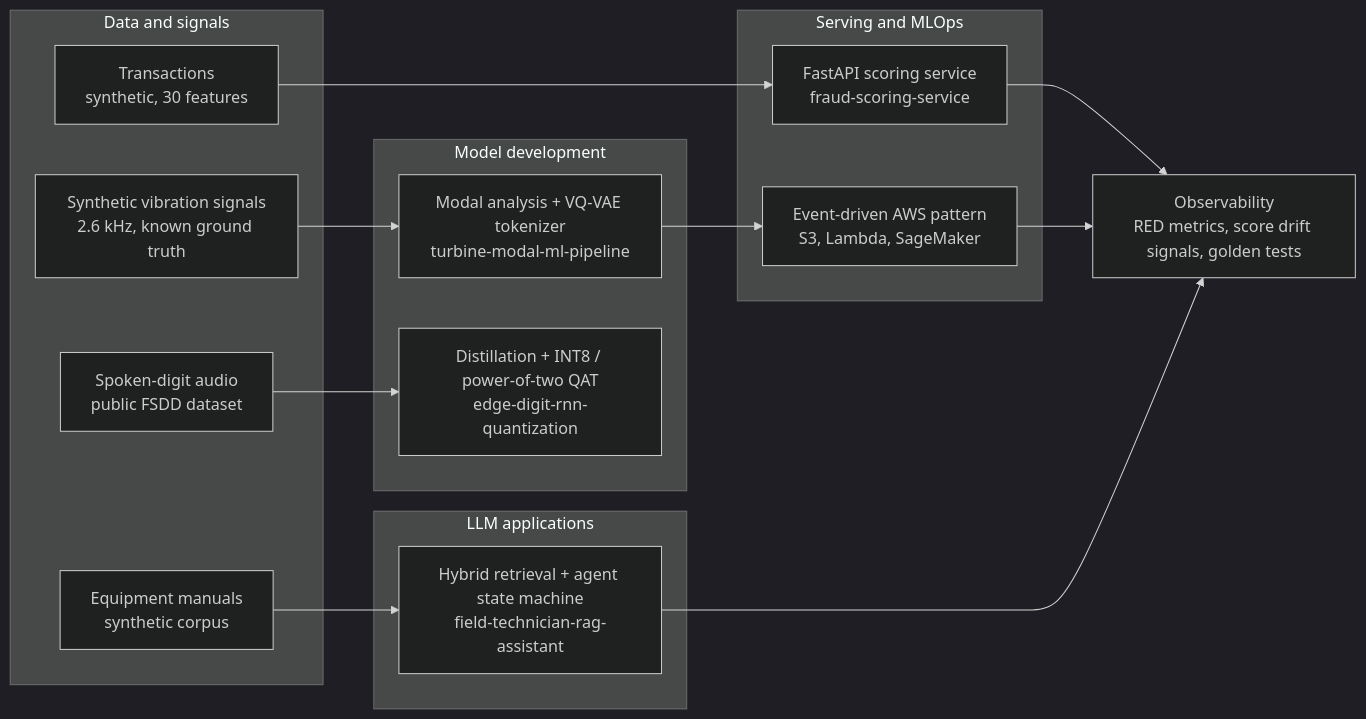
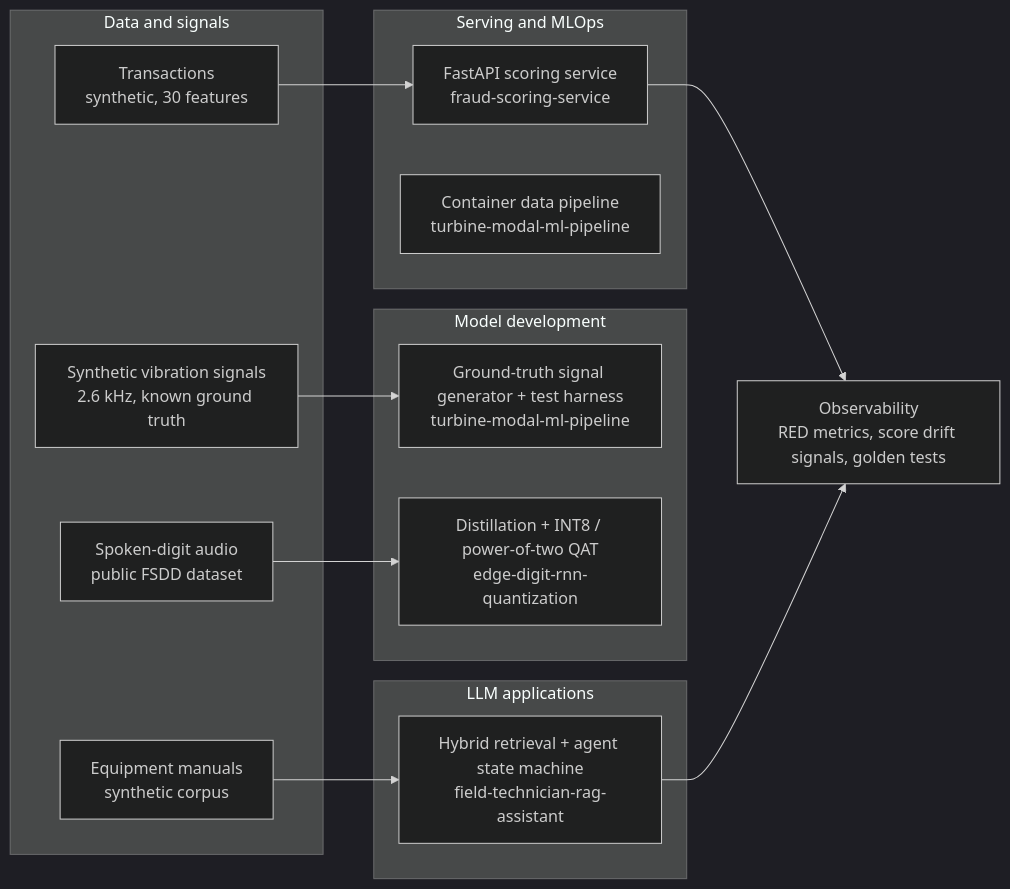
The diagram in README.md (Zoroaster-BGAE/AI-ML-Engineer-Portfolio), drawn with Mermaid (dark theme) before and after one commit. The commit also changed other lines of this file, not shown here.

````diff
--- a/README.md
+++ b/README.md
@@ -34,27 +35,26 @@
 ```mermaid
 flowchart LR
     subgraph Data["Data and signals"]
         S1["Synthetic vibration signals<br/>2.6 kHz, known ground truth"]
         S2["Spoken-digit audio<br/>public FSDD dataset"]
         S3["Equipment manuals<br/>synthetic corpus"]
         S4["Transactions<br/>synthetic, 30 features"]
     end
     subgraph Model["Model development"]
-        M1["Modal analysis + VQ-VAE tokenizer<br/>turbine-modal-ml-pipeline"]
+        M1["Ground-truth signal generator + test harness<br/>turbine-modal-ml-pipeline"]
         M2["Distillation + INT8 / power-of-two QAT<br/>edge-digit-rnn-quantization"]
     end
     subgraph Serve["Serving and MLOps"]
         V1["FastAPI scoring service<br/>fraud-scoring-service"]
-        V2["Event-driven AWS pattern<br/>S3, Lambda, SageMaker"]
+        V2["Container data pipeline<br/>turbine-modal-ml-pipeline"]
     end
     subgraph LLM["LLM applications"]
         L1["Hybrid retrieval + agent state machine<br/>field-technician-rag-assistant"]
     end
-    S1 --> M1 --> V2
+    S1 --> M1
     S2 --> M2
     S4 --> V1
     S3 --> L1
     V1 --> O["Observability<br/>RED metrics, score drift signals, golden tests"]
-    V2 --> O
     L1 --> O
 ```
````
